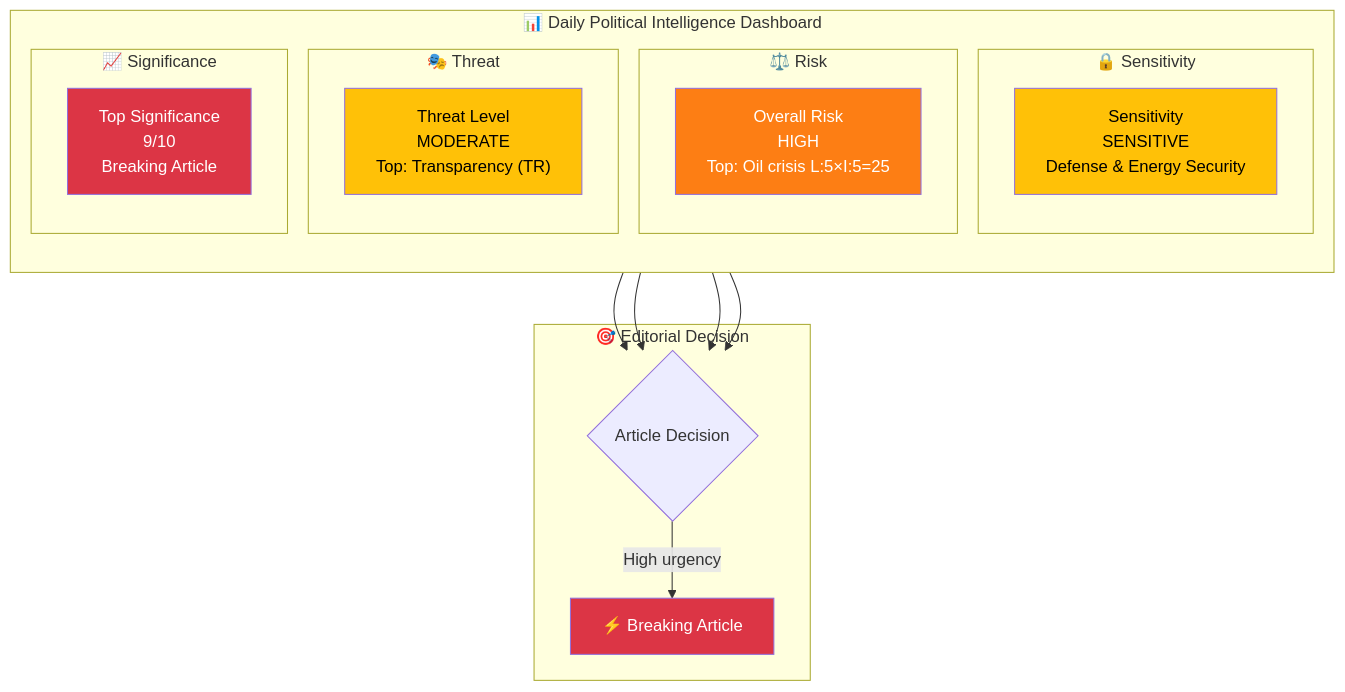
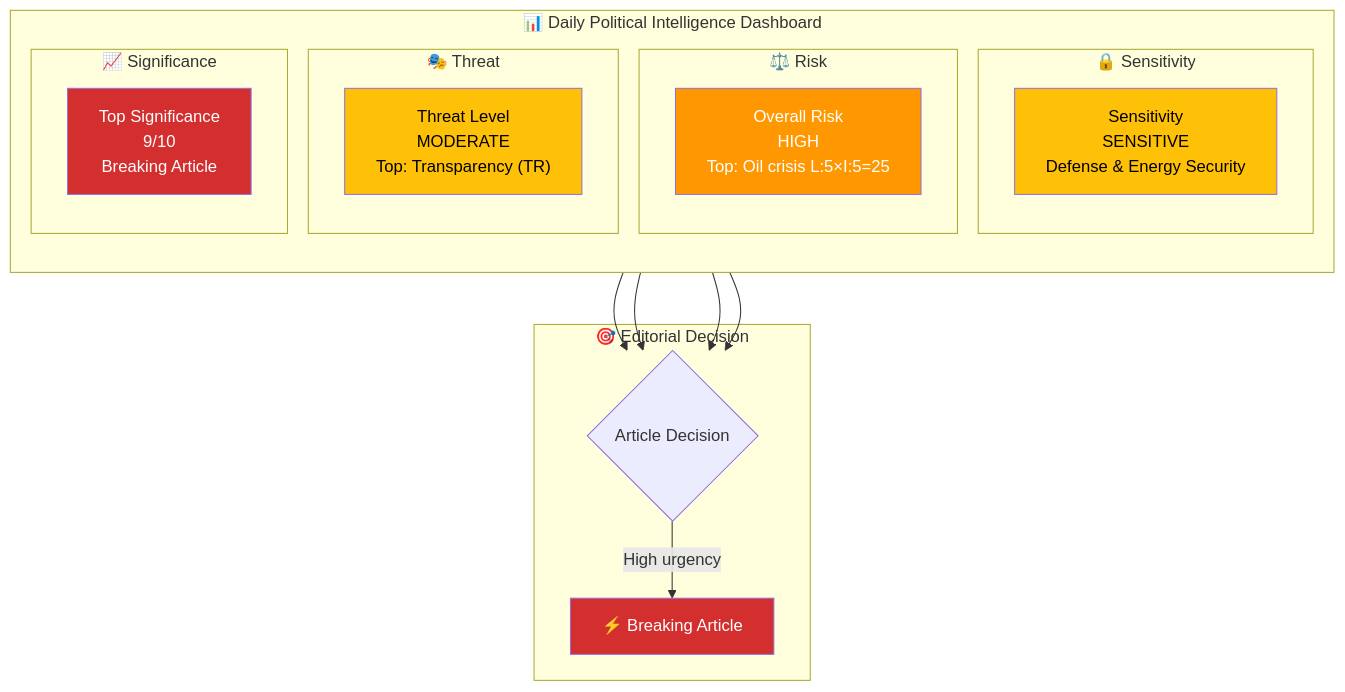
One commit to Hack23/riksdagsmonitor changed the first of 2 diagrams in analysis/daily/2026-04-02/realtime-1428/synthesis-summary.md. Above: the diagram before and after it, drawn with Mermaid. The commit also changed other lines of this file and 785 other files, not shown here.

First line of the commit message:
Normalize mermaid colors across 786 analysis artifacts to ISMS Style Guide palette

````diff
--- a/analysis/daily/2026-04-02/realtime-1428/synthesis-summary.md
+++ b/analysis/daily/2026-04-02/realtime-1428/synthesis-summary.md
@@ -23,34 +23,34 @@
 ```mermaid
 graph TD
     subgraph "📊 Daily Political Intelligence Dashboard"
         direction TB
         subgraph "🔒 Sensitivity"
             CLS["Sensitivity<br/>SENSITIVE<br/>Defense & Energy Security"]
         end
         subgraph "⚖️ Risk"
             RSK["Overall Risk<br/>HIGH<br/>Top: Oil crisis L:5×I:5=25"]
         end
         subgraph "🎭 Threat"
             THR["Threat Level<br/>MODERATE<br/>Top: Transparency (TR)"]
         end
         subgraph "📈 Significance"
             SIG["Top Significance<br/>9/10<br/>Breaking Article"]
         end
     end
 
     subgraph "🎯 Editorial Decision"
         DEC{Article Decision}
         DEC -->|"High urgency"| BRK["⚡ Breaking Article"]
     end
 
     CLS --> DEC
     RSK --> DEC
     THR --> DEC
     SIG --> DEC
 
-    style CLS fill:#ffc107,color:#000
-    style RSK fill:#fd7e14,color:#fff
-    style THR fill:#ffc107,color:#000
-    style SIG fill:#dc3545,color:#fff
-    style BRK fill:#dc3545,color:#fff
+    style CLS fill:#FFC107,color:#000000
+    style RSK fill:#FF9800,color:#FFFFFF
+    style THR fill:#FFC107,color:#000000
+    style SIG fill:#D32F2F,color:#FFFFFF
+    style BRK fill:#D32F2F,color:#FFFFFF
 ```
````
